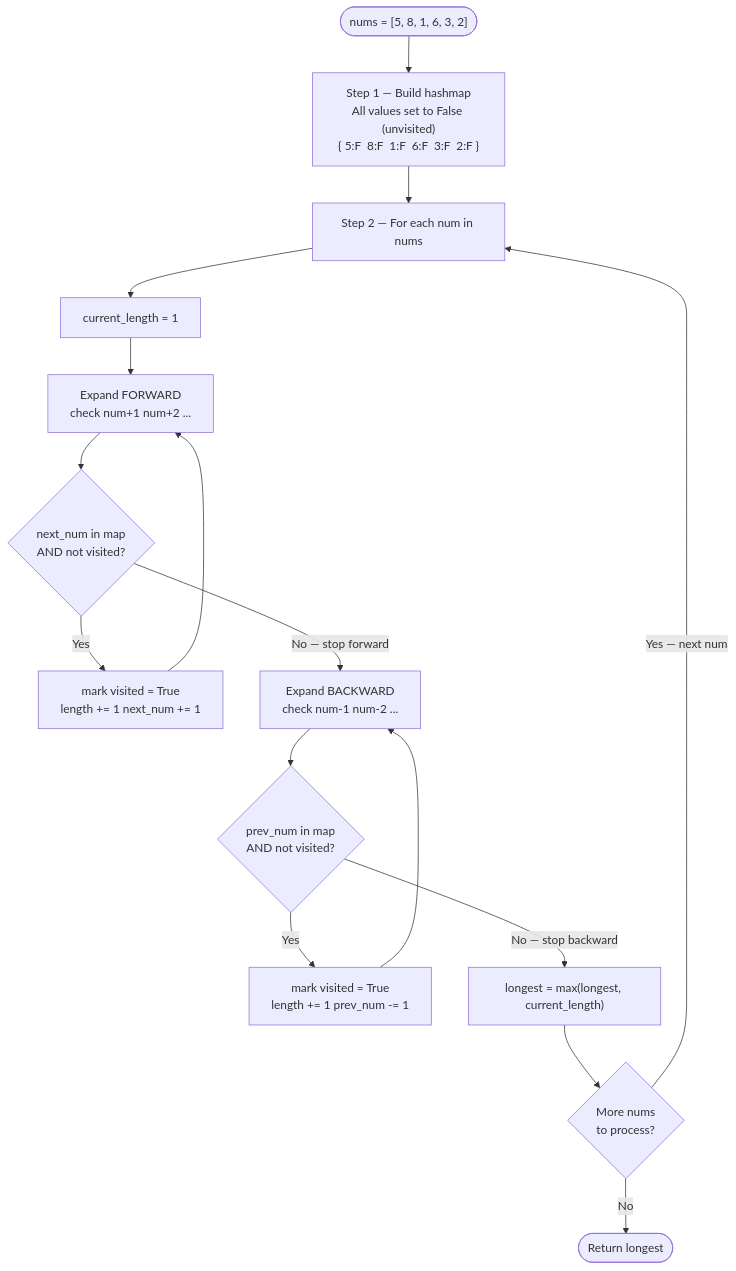
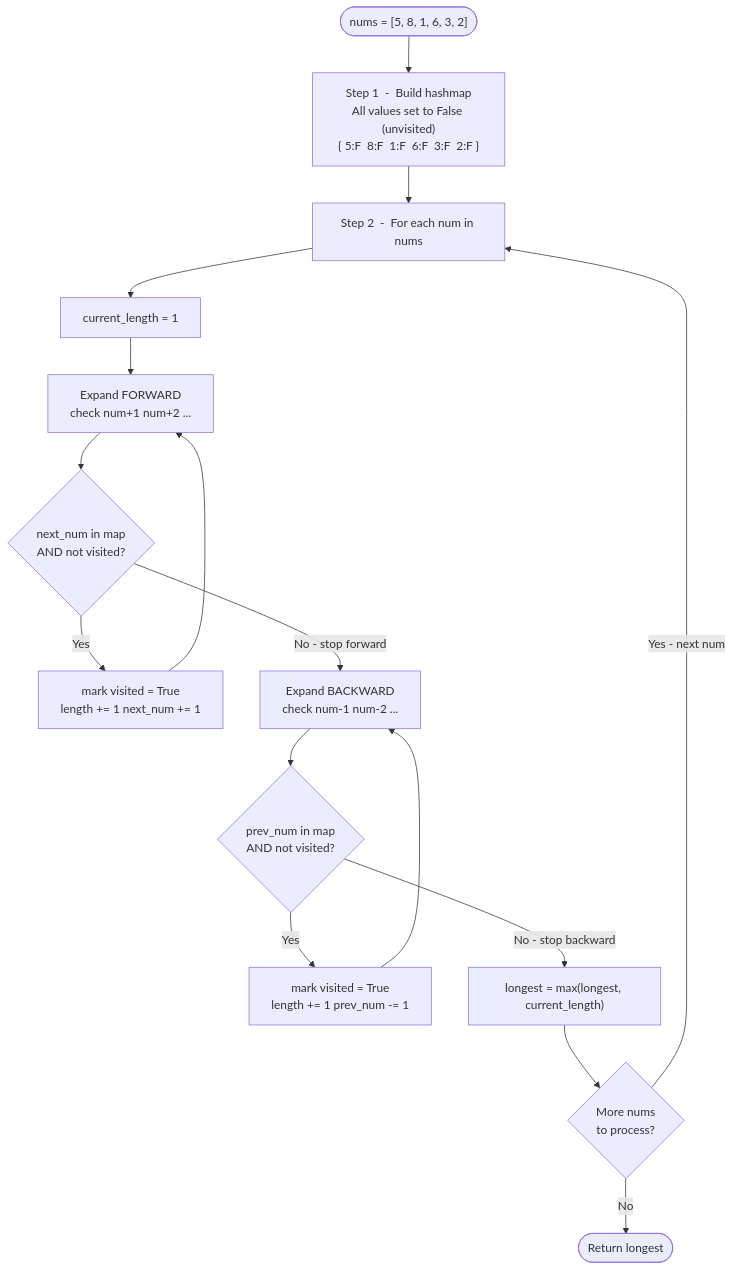
The sixth of 10 diagrams in 07 - Longest Consecutive Sequence/README.md (M-F-Tushar/LeetCode-Problem-Solving), drawn with Mermaid before and after one commit. The commit also changed other lines of this file and 6 other files, not shown here.

Commit message:
fix diagram rendering

````diff
--- a/07 - Longest Consecutive Sequence/README.md
+++ b/07 - Longest Consecutive Sequence/README.md
@@ -359,19 +359,19 @@
 ```mermaid
 flowchart TD
-    START(["nums = [5, 8, 1, 6, 3, 2]"]) --> BUILD["Step 1 — Build hashmap\nAll values set to False (unvisited)\n{ 5:F  8:F  1:F  6:F  3:F  2:F }"]
-    BUILD --> LOOP["Step 2 — For each num in nums"]
+    START(["nums = [5, 8, 1, 6, 3, 2]"]) --> BUILD["Step 1  -  Build hashmap\nAll values set to False (unvisited)\n{ 5:F  8:F  1:F  6:F  3:F  2:F }"]
+    BUILD --> LOOP["Step 2  -  For each num in nums"]
     LOOP --> INIT["current_length = 1"]
     INIT --> FWD["Expand FORWARD\ncheck num+1  num+2  ..."]
     FWD --> FCHK{"next_num in map\nAND not visited?"}
     FCHK -->|"Yes"| FVIS["mark visited = True\nlength += 1  next_num += 1"]
     FVIS --> FWD
-    FCHK -->|"No — stop forward"| BWD["Expand BACKWARD\ncheck num-1  num-2  ..."]
+    FCHK -->|"No  -  stop forward"| BWD["Expand BACKWARD\ncheck num-1  num-2  ..."]
     BWD --> BCHK{"prev_num in map\nAND not visited?"}
     BCHK -->|"Yes"| BVIS["mark visited = True\nlength += 1  prev_num -= 1"]
     BVIS --> BWD
-    BCHK -->|"No — stop backward"| MAXUP["longest = max(longest, current_length)"]
+    BCHK -->|"No  -  stop backward"| MAXUP["longest = max(longest, current_length)"]
     MAXUP --> MORE{"More nums\nto process?"}
-    MORE -->|"Yes — next num"| LOOP
+    MORE -->|"Yes  -  next num"| LOOP
     MORE -->|"No"| DONE(["Return longest"])
 
 ```
````
